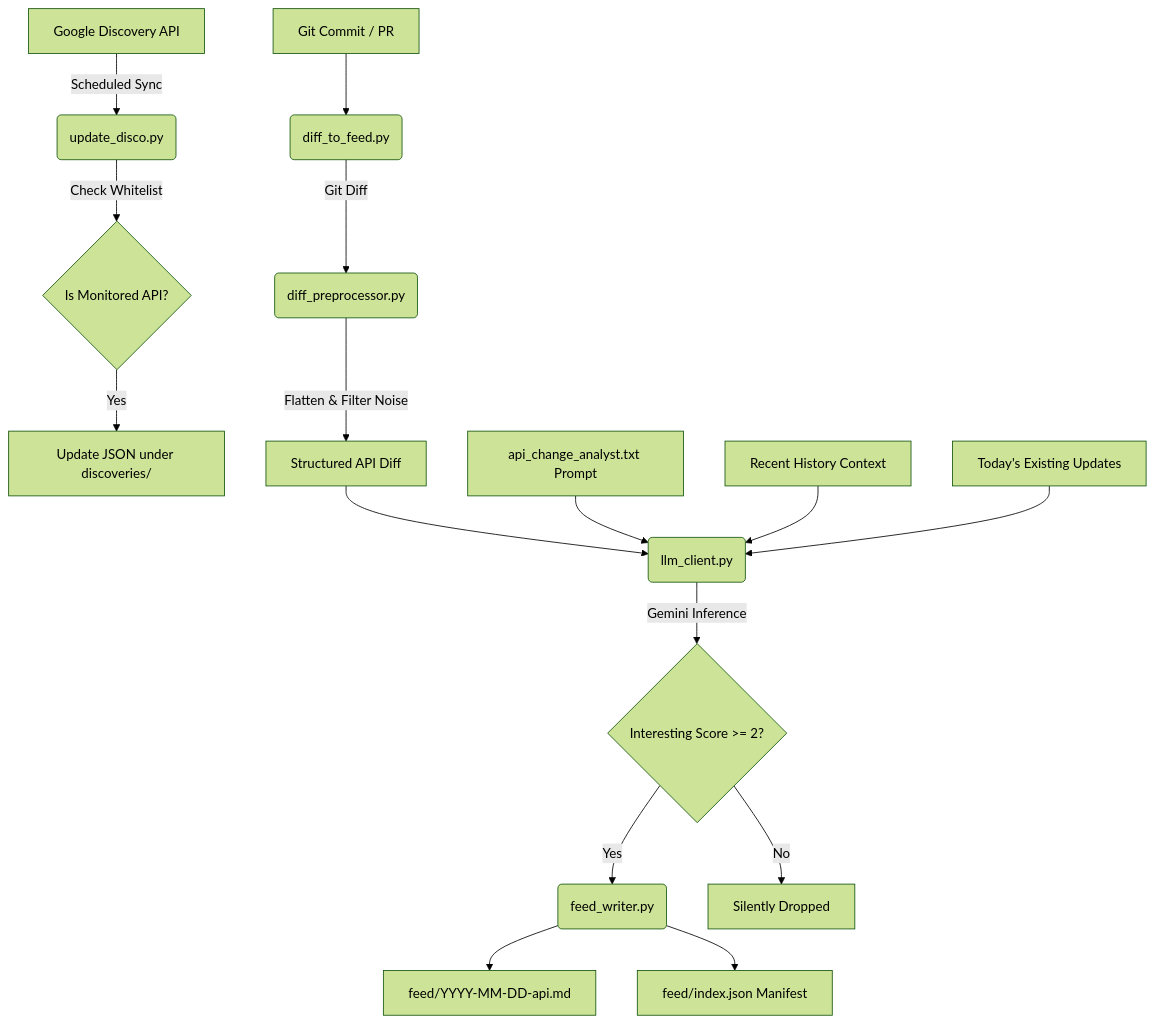
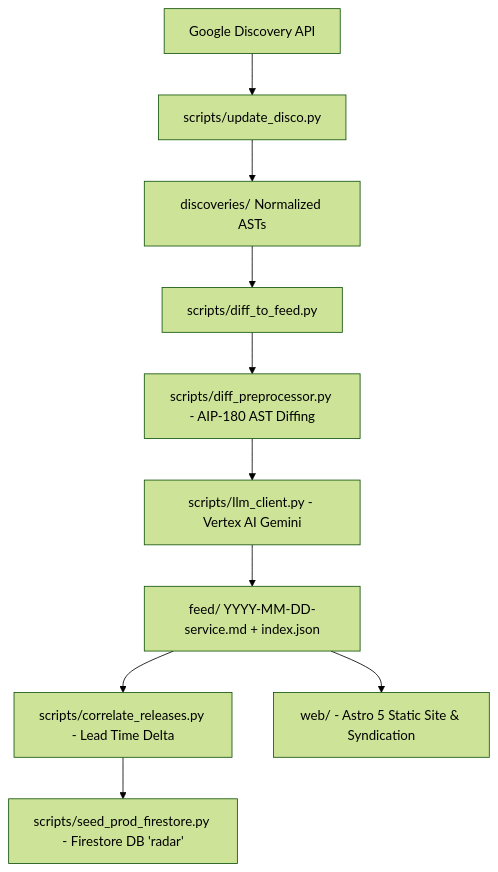
The diagram in AGENTS.md (max-ostapenko/google-cloud-radar), drawn with Mermaid (forest theme) before and after one commit. The commit also changed other lines of this file and 7 other files, not shown here.

Commit message:
refactor: remove feed documentation and bazel config while adding Firestore sync and release correlation scripts.

````diff
--- a/AGENTS.md
+++ b/AGENTS.md
@@ -28,22 +9,12 @@
 ```mermaid
 graph TD
-    A[Google Discovery API] -->|Scheduled Sync| B(update_disco.py)
-    B -->|Check Whitelist| C{Is Monitored API?}
-    C -->|Yes| D[Update JSON under discoveries/]
-
-    E[Git Commit / PR] --> F(diff_to_feed.py)
-    F -->|Git Diff| G(diff_preprocessor.py)
-    G -->|Flatten & Filter Noise| H[Structured API Diff]
-
-    H --> I(llm_client.py)
-    J[api_change_analyst.txt Prompt] --> I
-    K[Recent History Context] --> I
-    L[Today's Existing Updates] --> I
-
-    I -->|Gemini Inference| M{Interesting Score >= 2?}
-    M -->|Yes| N(feed_writer.py)
-    M -->|No| O[Silently Dropped]
-
-    N --> P[feed/YYYY-MM-DD-api.md]
-    N --> Q[feed/index.json Manifest]
+    A[Google Discovery API] --> B[scripts/update_disco.py]
+    B --> C[discoveries/ Normalized ASTs]
+    C --> D[scripts/diff_to_feed.py]
+    D --> E[scripts/diff_preprocessor.py - AIP-180 AST Diffing]
+    E --> F[scripts/llm_client.py - Vertex AI Gemini]
+    F --> G[feed/ YYYY-MM-DD-service.md + index.json]
+    G --> H[scripts/correlate_releases.py - Lead Time Delta]
+    H --> I[scripts/seed_prod_firestore.py - Firestore DB 'radar']
+    G --> J[web/ - Astro 5 Static Site & Syndication]
 ```
````
